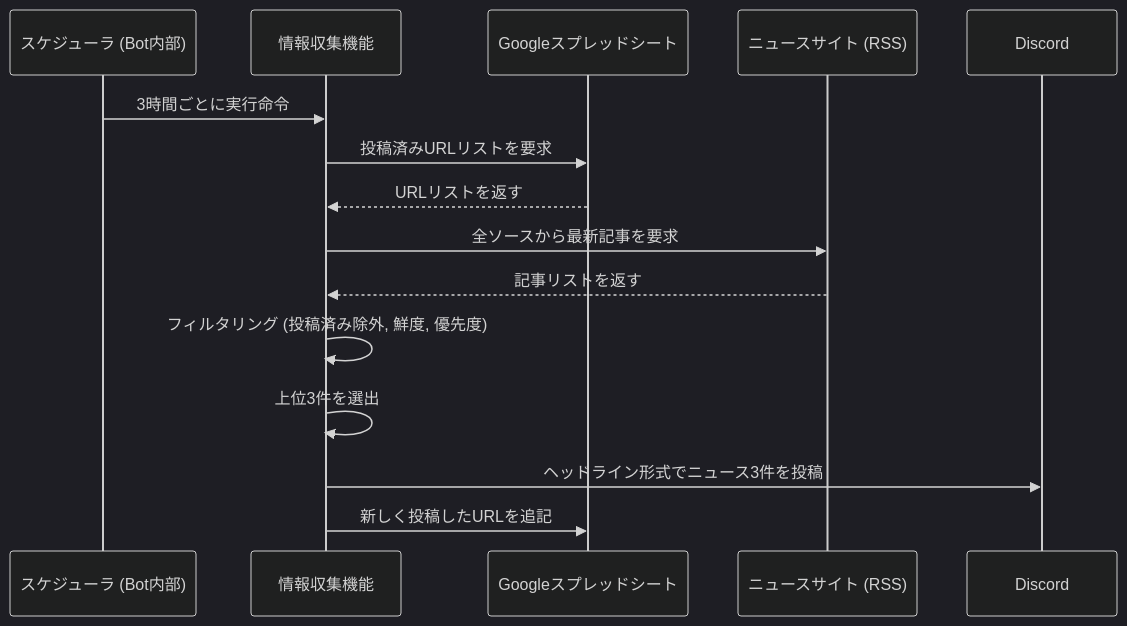
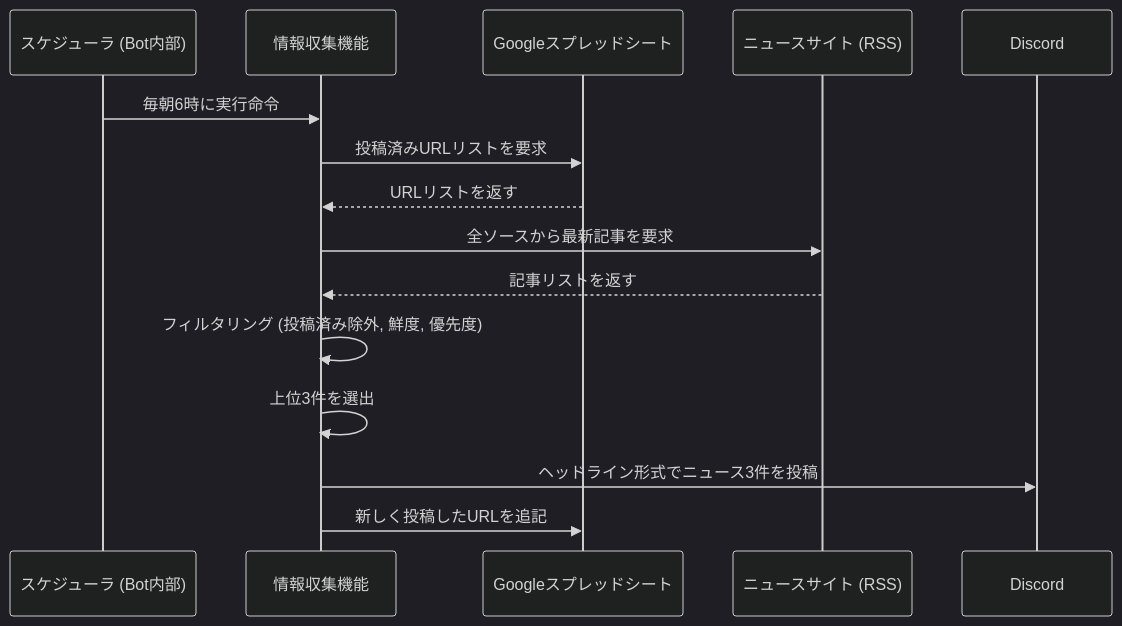
Before and after one commit to Metagri-Bot/daily-news-bot: the second of 9 diagrams in README.md, drawn with Mermaid (dark theme). The commit also changed other lines of this file and 15 other files, not shown here.

````diff
--- a/README.md
+++ b/README.md
@@ -73,18 +73,18 @@
 ```mermaid
 sequenceDiagram
     participant Scheduler as スケジューラ (Bot内部)
     participant InfoGatheringTask as 情報収集機能
     participant GoogleSheets as Googleスプレッドシート
     participant NewsSites as ニュースサイト (RSS)
     participant Discord
 
-    Scheduler->>InfoGatheringTask: 3時間ごとに実行命令
+    Scheduler->>InfoGatheringTask: 毎朝6時に実行命令
     InfoGatheringTask->>GoogleSheets: 投稿済みURLリストを要求
     GoogleSheets-->>InfoGatheringTask: URLリストを返す
     InfoGatheringTask->>NewsSites: 全ソースから最新記事を要求
     NewsSites-->>InfoGatheringTask: 記事リストを返す
     InfoGatheringTask->>InfoGatheringTask: フィルタリング (投稿済み除外, 鮮度, 優先度)
     InfoGatheringTask->>InfoGatheringTask: 上位3件を選出
     InfoGatheringTask->>Discord: ヘッドライン形式でニュース3件を投稿
     InfoGatheringTask->>GoogleSheets: 新しく投稿したURLを追記
 ```
````
